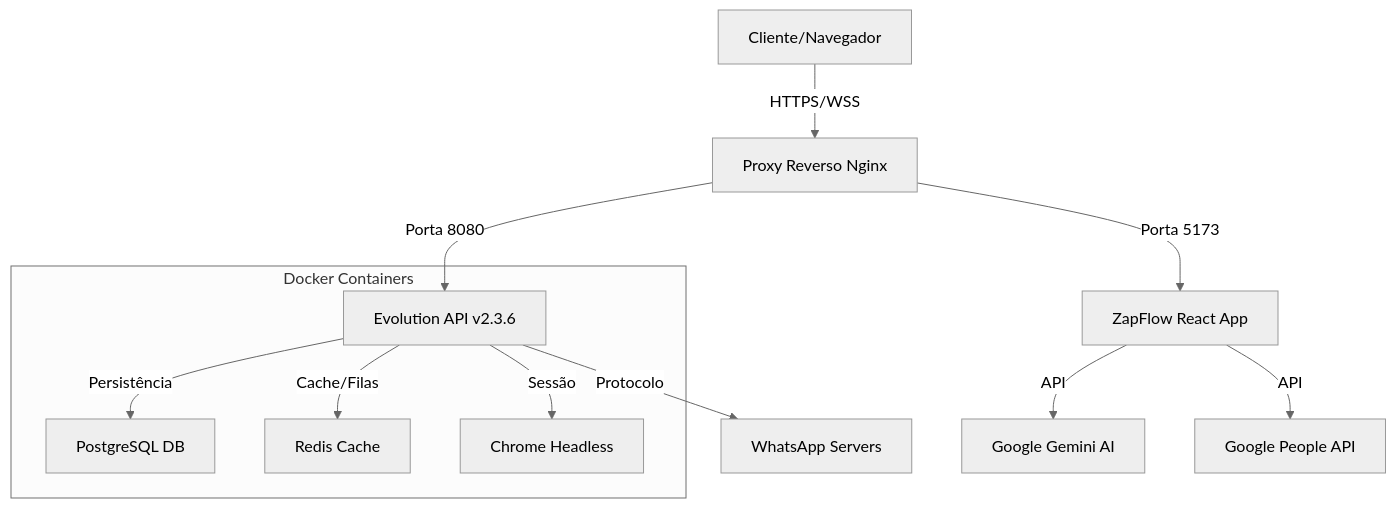
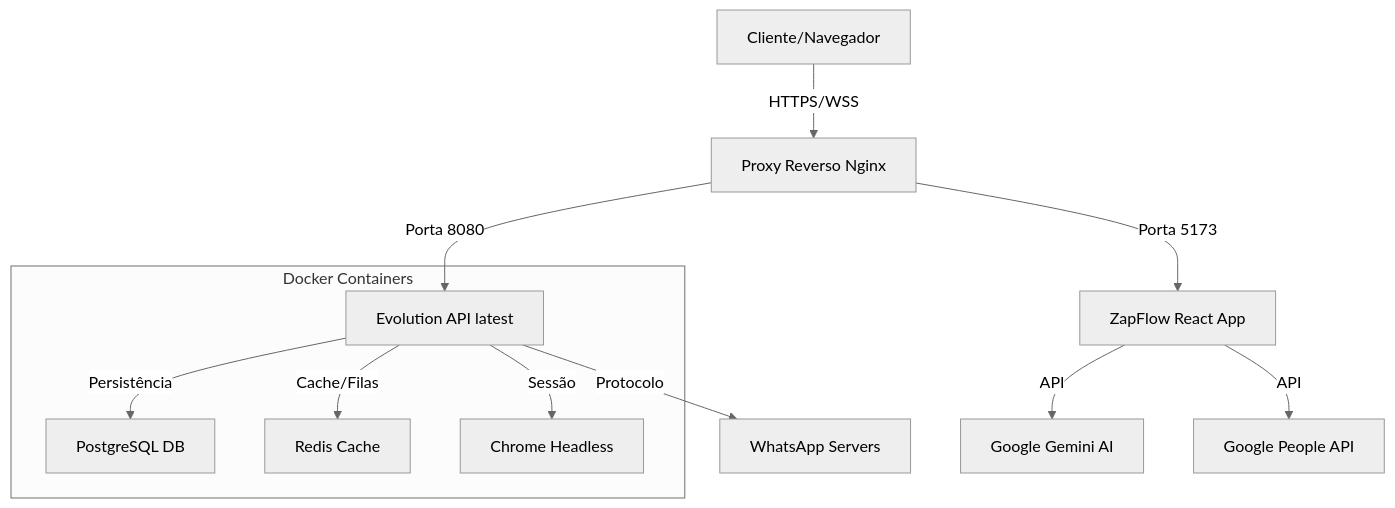
Before and after one commit to andreypiekas/ZapFlow: the diagram in README.md, drawn with Mermaid (neutral theme). The commit also changed other lines of this file and 10 other files, not shown here.

````diff
--- a/README.md
+++ b/README.md
@@ -40,16 +40,16 @@
 ```mermaid
 graph TD
     User[Cliente/Navegador] -->|HTTPS/WSS| Nginx[Proxy Reverso Nginx]
     Nginx -->|Porta 5173| Frontend[ZapFlow React App]
-    Nginx -->|Porta 8080| Backend[Evolution API v2.3.6]
+    Nginx -->|Porta 8080| Backend[Evolution API latest]
     
     subgraph "Docker Containers"
         Backend -->|Persistência| Postgres[PostgreSQL DB]
         Backend -->|Cache/Filas| Redis[Redis Cache]
         Backend -->|Sessão| Chrome[Chrome Headless]
     end
     
     Backend -->|Protocolo| WA[WhatsApp Servers]
     Frontend -->|API| Gemini[Google Gemini AI]
     Frontend -->|API| GPeople[Google People API]
 ```
````
